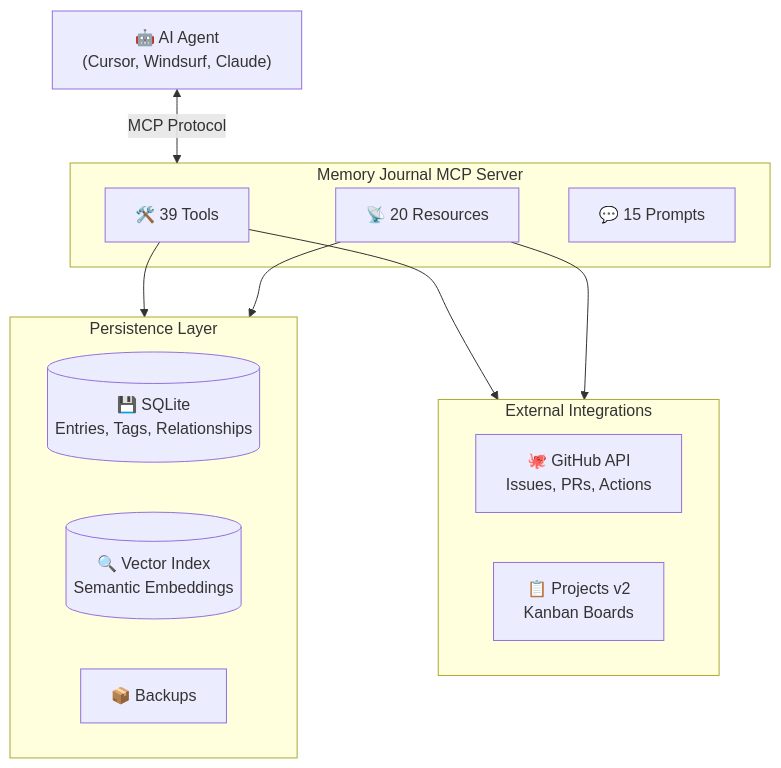
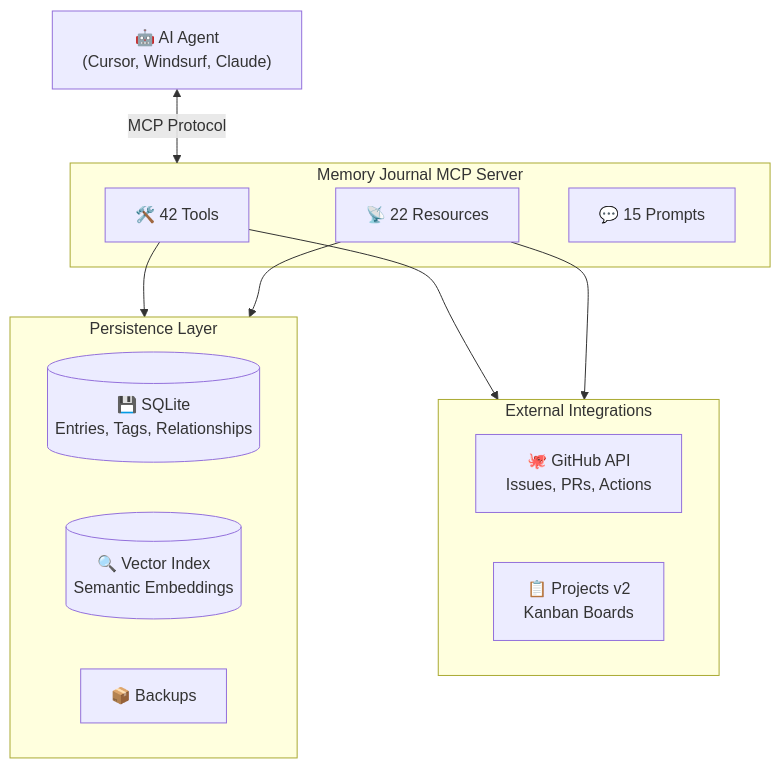
Before and after one commit to neverinfamous/memory-journal-mcp: the second of 2 diagrams in README.md, drawn with Mermaid. The commit also changed other lines of this file and 23 other files, not shown here.

````diff
--- a/README.md
+++ b/README.md
@@ -538,27 +488,27 @@
 ```mermaid
 flowchart TB
     AI["🤖 AI Agent<br/>(Cursor, Windsurf, Claude)"]
 
     subgraph MCP["Memory Journal MCP Server"]
-        Tools["🛠️ 39 Tools"]
-        Resources["📡 20 Resources"]
+        Tools["🛠️ 42 Tools"]
+        Resources["📡 22 Resources"]
         Prompts["💬 15 Prompts"]
     end
 
     subgraph Storage["Persistence Layer"]
         SQLite[("💾 SQLite<br/>Entries, Tags, Relationships")]
         Vector[("🔍 Vector Index<br/>Semantic Embeddings")]
         Backups["📦 Backups"]
     end
 
     subgraph External["External Integrations"]
         GitHub["🐙 GitHub API<br/>Issues, PRs, Actions"]
         Kanban["📋 Projects v2<br/>Kanban Boards"]
     end
 
     AI <-->|"MCP Protocol"| MCP
     Tools --> Storage
     Tools --> External
     Resources --> Storage
     Resources --> External
 ```
````
